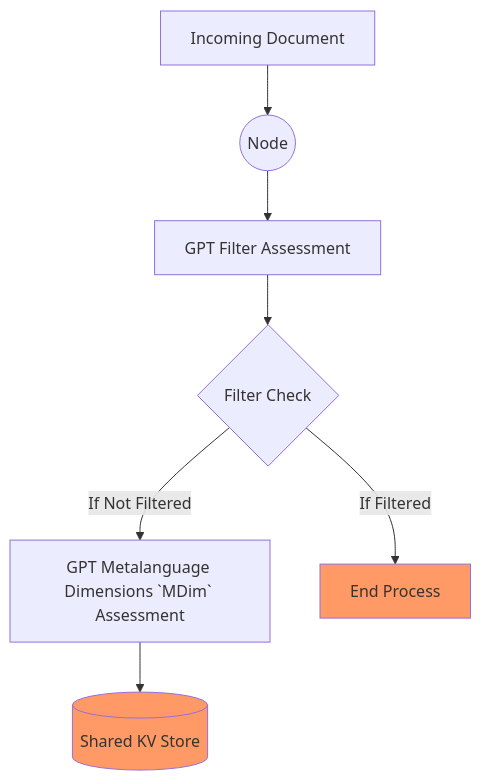
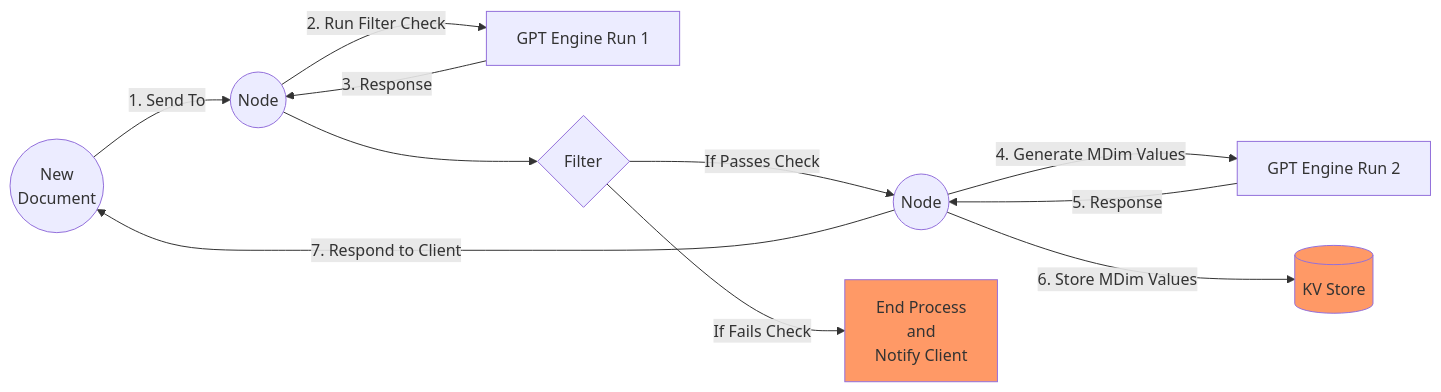
One commit to L0Lmaker/DistributedSemanticAnalysis changed the fourth of 8 diagrams in README.md. Above: the diagram before and after it, drawn with Mermaid. The commit also changed other lines of this file, not shown here.

````diff
--- a/README.md
+++ b/README.md
@@ -171,21 +266,26 @@
 ```mermaid
-flowchart TD
-    DOC[Incoming Document]
+flowchart LR
+    DOC((New <br/> Document))
     NODE((Node))
-    GPT_FILTER[GPT Filter Assessment]
-    FILT_CHECK{Filter Check}
-    GPT_MDim[GPT Metalanguage Dimensions `MDim` Assessment]
-
-    DOC --> NODE
-    NODE --> GPT_FILTER
-    GPT_FILTER --> FILT_CHECK
-    FILT_CHECK -->|If Not Filtered| GPT_MDim
-    FILT_CHECK -->|If Filtered| END[End Process]
-    GPT_MDim --> SharedKV[(Shared KV Store)]
+    NODE2((Node))
+    GPT_FILTER[GPT Engine Run 1]
+    GPT_MDIMS[GPT Engine Run 2]
+    FILT_CHECK{Filter}
+    
+    DOC --> |1. Send To| NODE
+    NODE --> |2. Run Filter Check| GPT_FILTER
+    GPT_FILTER --> |3. Response| NODE 
+    NODE --> FILT_CHECK
+    FILT_CHECK -->|If Passes Check| NODE2
+    NODE2 --> |4. Generate MDim Values| GPT_MDIMS
+    GPT_MDIMS --> |5. Response| NODE2
+    FILT_CHECK -->|If Fails Check| END[End Process <br/> and <br/> Notify Client]
+    NODE2 --> |6. Store MDim Values|SharedKV[(KV Store)]
+    NODE2 --> |7. Respond to Client| DOC
 
     classDef filtered fill:#f96;
     class END filtered;
     
     classDef kvstore fill:#f96;
     class SharedKV kvstore;
 ```
````
